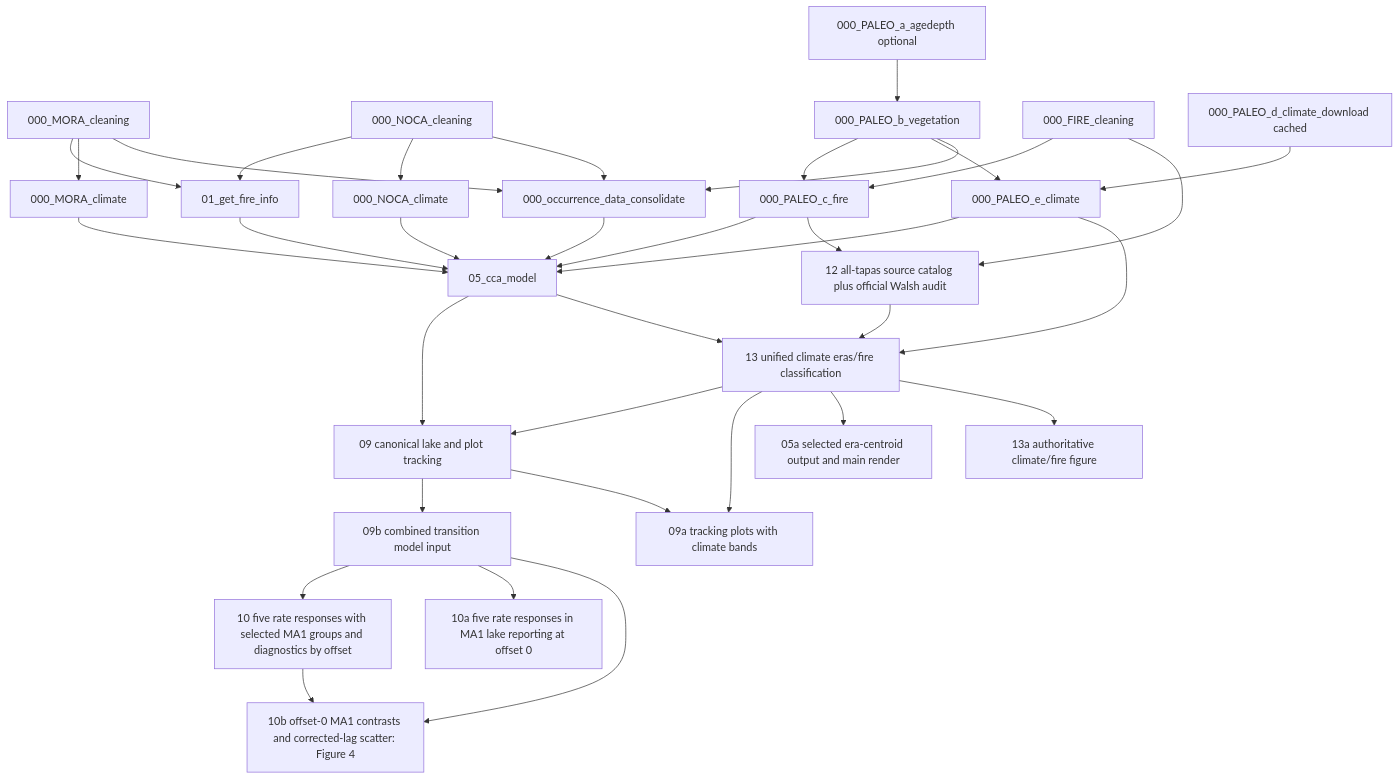
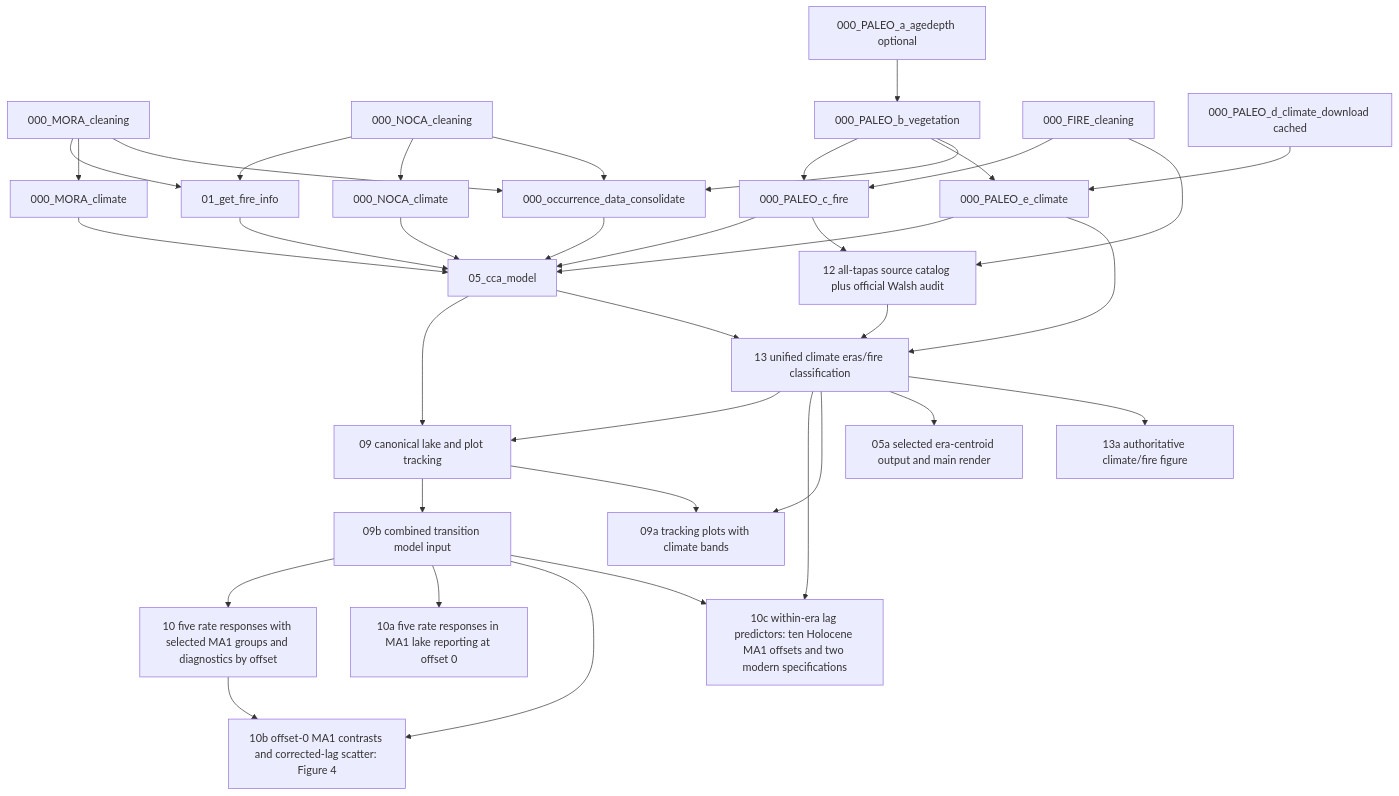
Before and after one commit to billurbektas/PaleoACES: the diagram in docs/WORKFLOW.md, drawn with Mermaid. The commit also changed other lines of this file and 49 other files, not shown here.

Commit message:
Add within-era lag predictor models and offset performance review

````diff
--- a/docs/WORKFLOW.md
+++ b/docs/WORKFLOW.md
@@ -75,37 +75,39 @@
 ```mermaid
 flowchart TD
   MV[000_MORA_cleaning] --> AF[01_get_fire_info]
   NV[000_NOCA_cleaning] --> AF
   MV --> MC[000_MORA_climate]
   NV --> NC[000_NOCA_climate]
   BA[000_PALEO_a_agedepth optional] --> PV[000_PALEO_b_vegetation]
   FW[000_FIRE_cleaning] --> PF[000_PALEO_c_fire]
   PV --> PF
   PD[000_PALEO_d_climate_download cached] --> PE[000_PALEO_e_climate]
   PV --> PE
   MV --> OC[000_occurrence_data_consolidate]
   NV --> OC
   PV --> OC
   OC --> CCA[05_cca_model]
   MC --> CCA
   NC --> CCA
   PE --> CCA
   AF --> CCA
   PF --> CCA
   CCA --> TM1[09 canonical lake and plot tracking]
   FW --> WR[12 all-tapas source catalog plus official Walsh audit]
   PF --> WR
   CCA --> ER[13 unified climate eras/fire classification]
   ER --> TM1
   TM1 --> MD[09b combined transition model input]
   MD --> GLS[10 five rate responses with selected MA1 groups and diagnostics by offset]
   MD --> LS[10a five rate responses in MA1 lake reporting at offset 0]
   MD --> MF[10b offset-0 MA1 contrasts and corrected-lag scatter: Figure 4]
+  MD --> PM[10c within-era lag predictors: ten Holocene MA1 offsets and two modern specifications]
+  ER --> PM
   GLS --> MF
   TM1 --> TV[09a tracking plots with climate bands]
   ER --> TV
   PE --> ER
   WR --> ER
   ER --> CA[05a selected era-centroid output and main render]
   ER --> CF[13a authoritative climate/fire figure]
 ```
````
